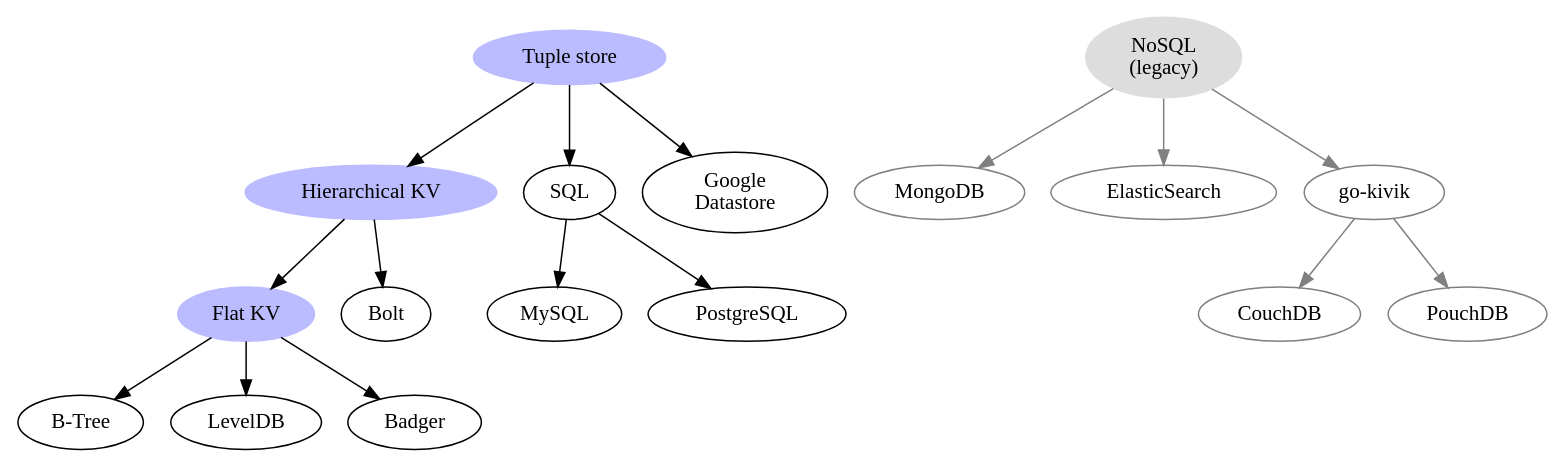
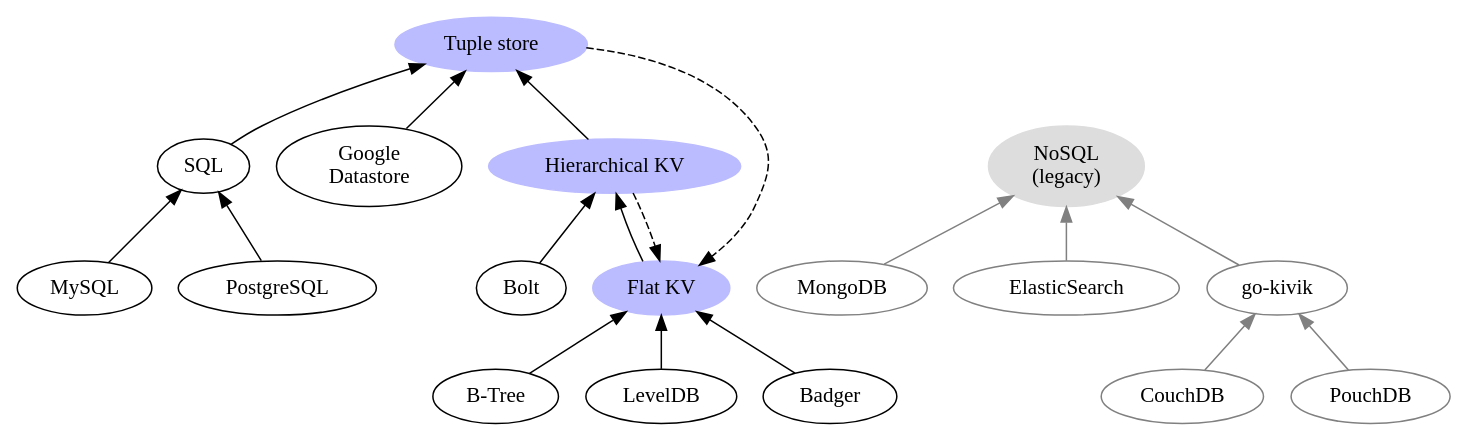
The diagram in db-hierarchy.gv (hidal-go/hidalgo), drawn with Graphviz before and after one commit. The commit also changed 4 other files, not shown here.

```diff
--- a/db-hierarchy.gv
+++ b/db-hierarchy.gv
@@ -1,39 +1,43 @@
 digraph DBs {
+    rankdir="BT"
+
     flat_kv [label="Flat KV" URL="./docs/kv-flat.md" color="#bbbbff" style=filled]
+    flat_kv -> hie_kv
     btree [label="B-Tree"]
-    flat_kv -> btree
+    btree -> flat_kv
     leveldb [label="LevelDB"]
-    flat_kv -> leveldb
+    leveldb -> flat_kv
     badger [label="Badger"]
-    flat_kv -> badger
+    badger -> flat_kv
 
     hie_kv [label="Hierarchical KV" URL="./docs/kv-hierarchical.md" color="#bbbbff" style=filled]
-    hie_kv -> flat_kv
+    hie_kv -> strict_tuple
+    hie_kv -> flat_kv [style=dashed]
     bolt [label="Bolt"]
-    hie_kv -> bolt
+    bolt -> hie_kv
 
     sql_tuple [label="SQL" URL="./docs/sql-tuple.md"]
+    sql_tuple -> strict_tuple
     mysql [label="MySQL"]
-    sql_tuple -> mysql
+    mysql -> sql_tuple
     postgres [label="PostgreSQL"]
-    sql_tuple -> postgres
+    postgres -> sql_tuple
 
     datastore [label="Google\nDatastore"]
-    strict_tuple -> datastore
+    datastore -> strict_tuple
 
     strict_tuple [label="Tuple store" URL="./docs/tuple-strict.md" color="#bbbbff" style=filled]
-    strict_tuple -> hie_kv
-    strict_tuple -> sql_tuple
+    strict_tuple -> flat_kv [style=dashed]
 
     legacy_nosql [label="NoSQL\n(legacy)", color="#dddddd" style=filled]
     legacy_mongo [label="MongoDB", color=grey]
-    legacy_nosql -> legacy_mongo [color=grey]
+    legacy_mongo -> legacy_nosql [color=grey]
     legacy_elastic [label="ElasticSearch", color=grey]
-    legacy_nosql -> legacy_elastic [color=grey]
+    legacy_elastic -> legacy_nosql [color=grey]
     legacy_ouch [label="go-kivik", color=grey]
-    legacy_nosql -> legacy_ouch [color=grey]
+    legacy_ouch -> legacy_nosql [color=grey]
     legacy_couch [label="CouchDB", color=grey]
-    legacy_ouch -> legacy_couch [color=grey]
+    legacy_couch -> legacy_ouch [color=grey]
     legacy_pouch [label="PouchDB", color=grey]
-    legacy_ouch -> legacy_pouch [color=grey]
+    legacy_pouch -> legacy_ouch [color=grey]
 }
```
